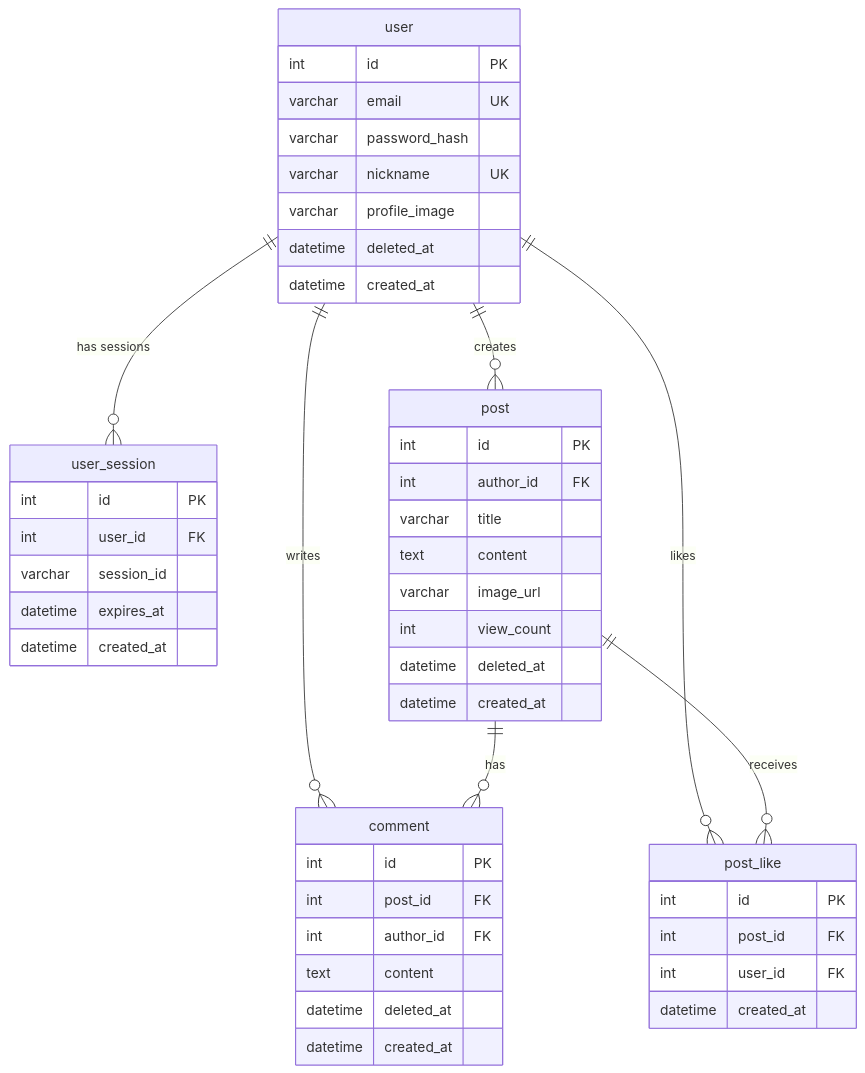
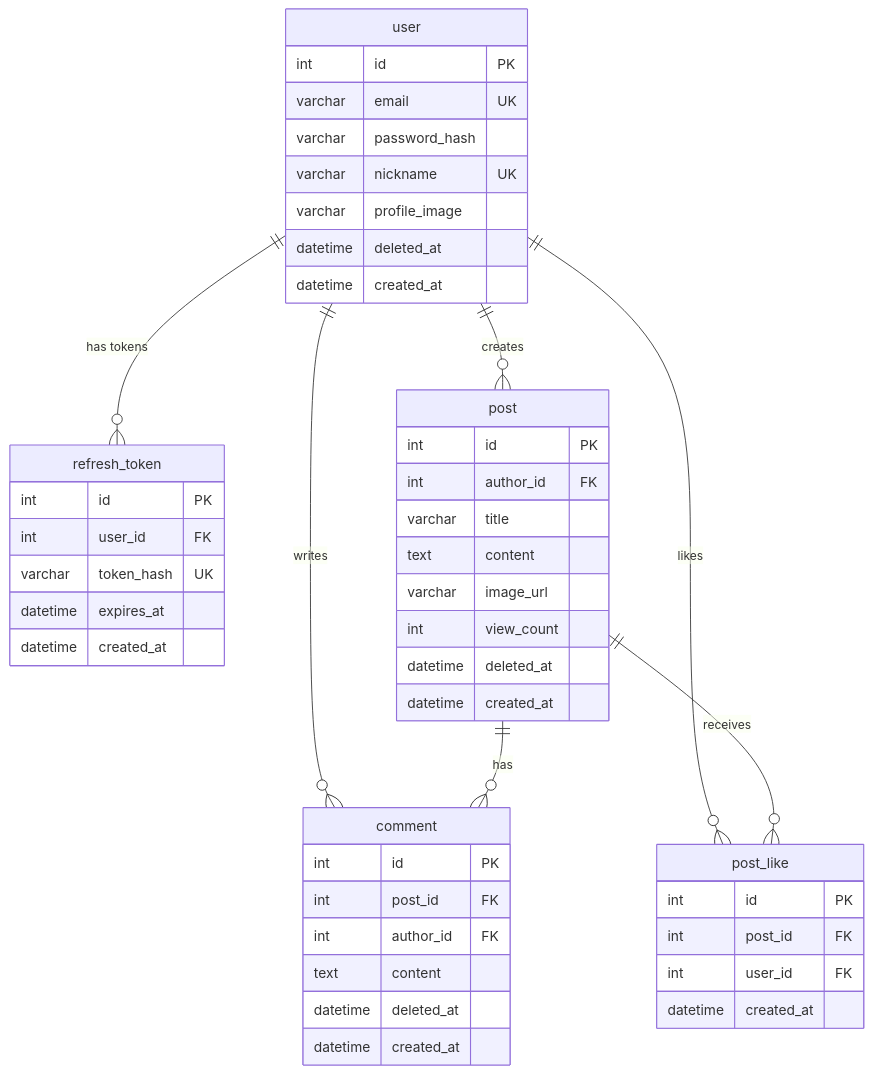
Before and after one commit to 80-hours-a-week/2-cho-community-fe: the third of 4 diagrams in README.md, drawn with Mermaid. The commit also changed other lines of this file and 3 other files, not shown here.

````diff
--- a/README.md
+++ b/README.md
@@ -148,54 +148,54 @@
 ```mermaid
 erDiagram
-    user ||--o{ user_session : "has sessions"
+    user ||--o{ refresh_token : "has tokens"
     user ||--o{ post : "creates"
     user ||--o{ comment : "writes"
     user ||--o{ post_like : "likes"
     post ||--o{ comment : "has"
     post ||--o{ post_like : "receives"
 
     user {
         int id PK
         varchar email UK
         varchar password_hash
         varchar nickname UK
         varchar profile_image
         datetime deleted_at
         datetime created_at
     }
 
-    user_session {
+    refresh_token {
         int id PK
         int user_id FK
-        varchar session_id
+        varchar token_hash UK
         datetime expires_at
         datetime created_at
     }
 
     post {
         int id PK
         int author_id FK
         varchar title
         text content
         varchar image_url
         int view_count
         datetime deleted_at
         datetime created_at
     }
 
     comment {
         int id PK
         int post_id FK
         int author_id FK
         text content
         datetime deleted_at
         datetime created_at
     }
 
     post_like {
         int id PK
         int post_id FK
         int user_id FK
         datetime created_at
     }
 ```
````
